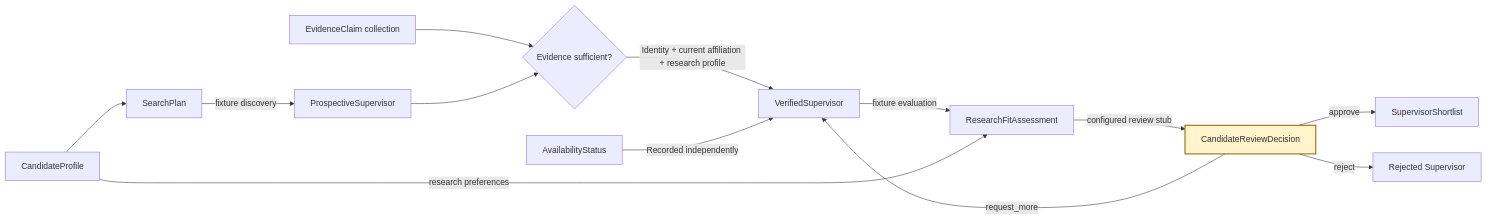
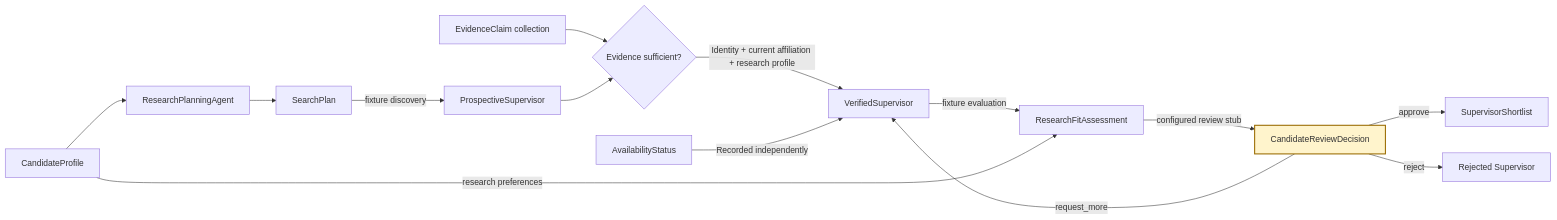
Before and after one commit to shanly-rajan/ai-builder: the seventh of 11 diagrams in projects/scholar-path/docs/architecture.md, drawn with Mermaid. The commit also changed other lines of this file and 37 other files, not shown here.

Commit message:
feat: add OpenAI research planning and LangSmith tracing

````diff
--- a/projects/scholar-path/docs/architecture.md
+++ b/projects/scholar-path/docs/architecture.md
@@ -94,18 +214,19 @@
 ```mermaid
 flowchart LR
-    CP[CandidateProfile] --> SP[SearchPlan]
+    CP[CandidateProfile] --> RP[ResearchPlanningAgent]
+    RP --> SP[SearchPlan]
     SP -->|fixture discovery| PS[ProspectiveSupervisor]
     EC[EvidenceClaim collection] --> VERIFY{Evidence sufficient?}
     PS --> VERIFY
     VERIFY -->|Identity + current affiliation + research profile| VS[VerifiedSupervisor]
     AS[AvailabilityStatus] -->|Recorded independently| VS
     VS -->|fixture evaluation| RF[ResearchFitAssessment]
     CP -->|research preferences| RF
     RF -->|configured review stub| CR[CandidateReviewDecision]
     CR -->|approve| SS[SupervisorShortlist]
     CR -->|reject| RS[Rejected Supervisor]
     CR -->|request_more| VS
 
     classDef human fill:#fff4cc,stroke:#9a6b00,stroke-width:2px;
     class CR human;
 ```
````
